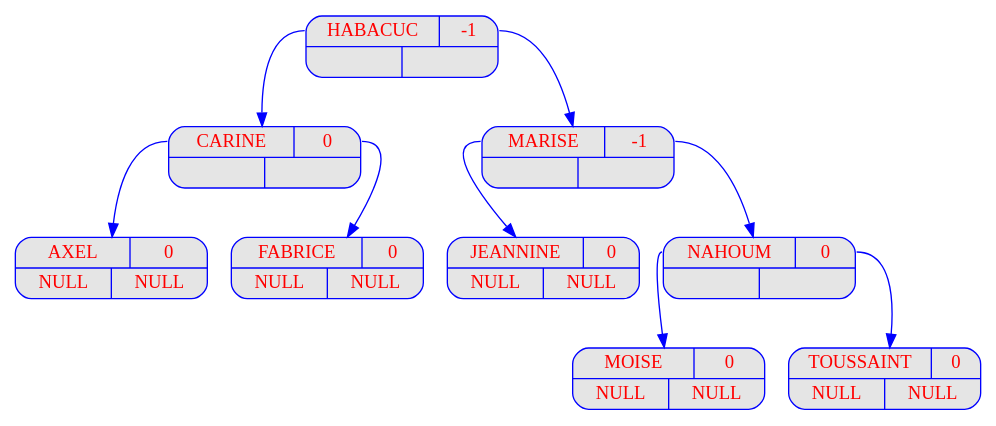
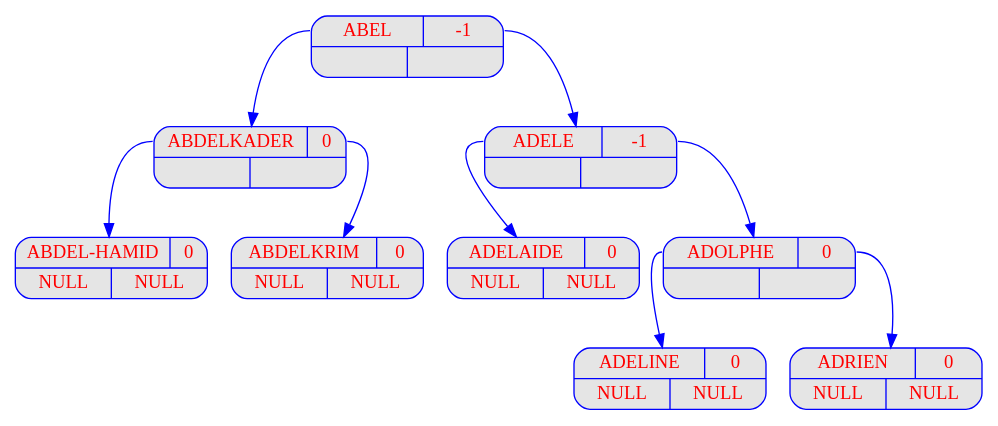
Before and after one commit to FilRougeAAP/Fil_Rouge: the diagram in Programme_1/output_Prog1/dot/displayAVL_v08.dot, drawn with Graphviz. The commit also changed 45 other files, not shown here.

```diff
--- a/Programme_1/output_Prog1/dot/displayAVL_v08.dot
+++ b/Programme_1/output_Prog1/dot/displayAVL_v08.dot
@@ -1,39 +1,39 @@
 digraph displayAVL {
 	node [
 		fontname  = "Arial bold" 
 		fontsize  = "14"
 		fontcolor = "red"
 		style     = "rounded, filled"
 		shape     = "record"
 		fillcolor = "grey90"
 		color     = "blue"
 		width     = "2"
 	]
 
 	edge [
 		color     = "blue"
 	]
 
-	"HABACUC" [label = "{{<g> HABACUC | <d> -1 } | { <g> | <d>}}"];
-	"HABACUC":g -> "CARINE";
-	"CARINE" [label = "{{<g> CARINE | <d> 0 } | { <g> | <d>}}"];
-	"CARINE":g -> "AXEL";
-	"AXEL" [label = "{{<g> AXEL | <d> 0 } | { <g> | <d>}}"];
-	"AXEL" [label = "{{<g> AXEL | <d> 0 }| { <g> NULL | <d> NULL}}"];
-	"CARINE":d -> "FABRICE";
-	"FABRICE" [label = "{{<g> FABRICE | <d> 0 } | { <g> | <d>}}"];
-	"FABRICE" [label = "{{<g> FABRICE | <d> 0 }| { <g> NULL | <d> NULL}}"];
-	"HABACUC":d -> "MARISE";
-	"MARISE" [label = "{{<g> MARISE | <d> -1 } | { <g> | <d>}}"];
-	"MARISE":g -> "JEANNINE";
-	"JEANNINE" [label = "{{<g> JEANNINE | <d> 0 } | { <g> | <d>}}"];
-	"JEANNINE" [label = "{{<g> JEANNINE | <d> 0 }| { <g> NULL | <d> NULL}}"];
-	"MARISE":d -> "NAHOUM";
-	"NAHOUM" [label = "{{<g> NAHOUM | <d> 0 } | { <g> | <d>}}"];
-	"NAHOUM":g -> "MOISE";
-	"MOISE" [label = "{{<g> MOISE | <d> 0 } | { <g> | <d>}}"];
-	"MOISE" [label = "{{<g> MOISE | <d> 0 }| { <g> NULL | <d> NULL}}"];
-	"NAHOUM":d -> "TOUSSAINT";
-	"TOUSSAINT" [label = "{{<g> TOUSSAINT | <d> 0 } | { <g> | <d>}}"];
-	"TOUSSAINT" [label = "{{<g> TOUSSAINT | <d> 0 }| { <g> NULL | <d> NULL}}"];
+	"ABEL" [label = "{{<g> ABEL | <d> -1 } | { <g> | <d>}}"];
+	"ABEL":g -> "ABDELKADER";
+	"ABDELKADER" [label = "{{<g> ABDELKADER | <d> 0 } | { <g> | <d>}}"];
+	"ABDELKADER":g -> "ABDEL-HAMID";
+	"ABDEL-HAMID" [label = "{{<g> ABDEL-HAMID | <d> 0 } | { <g> | <d>}}"];
+	"ABDEL-HAMID" [label = "{{<g> ABDEL-HAMID | <d> 0 }| { <g> NULL | <d> NULL}}"];
+	"ABDELKADER":d -> "ABDELKRIM";
+	"ABDELKRIM" [label = "{{<g> ABDELKRIM | <d> 0 } | { <g> | <d>}}"];
+	"ABDELKRIM" [label = "{{<g> ABDELKRIM | <d> 0 }| { <g> NULL | <d> NULL}}"];
+	"ABEL":d -> "ADELE";
+	"ADELE" [label = "{{<g> ADELE | <d> -1 } | { <g> | <d>}}"];
+	"ADELE":g -> "ADELAIDE";
+	"ADELAIDE" [label = "{{<g> ADELAIDE | <d> 0 } | { <g> | <d>}}"];
+	"ADELAIDE" [label = "{{<g> ADELAIDE | <d> 0 }| { <g> NULL | <d> NULL}}"];
+	"ADELE":d -> "ADOLPHE";
+	"ADOLPHE" [label = "{{<g> ADOLPHE | <d> 0 } | { <g> | <d>}}"];
+	"ADOLPHE":g -> "ADELINE";
+	"ADELINE" [label = "{{<g> ADELINE | <d> 0 } | { <g> | <d>}}"];
+	"ADELINE" [label = "{{<g> ADELINE | <d> 0 }| { <g> NULL | <d> NULL}}"];
+	"ADOLPHE":d -> "ADRIEN";
+	"ADRIEN" [label = "{{<g> ADRIEN | <d> 0 } | { <g> | <d>}}"];
+	"ADRIEN" [label = "{{<g> ADRIEN | <d> 0 }| { <g> NULL | <d> NULL}}"];
 }
```
